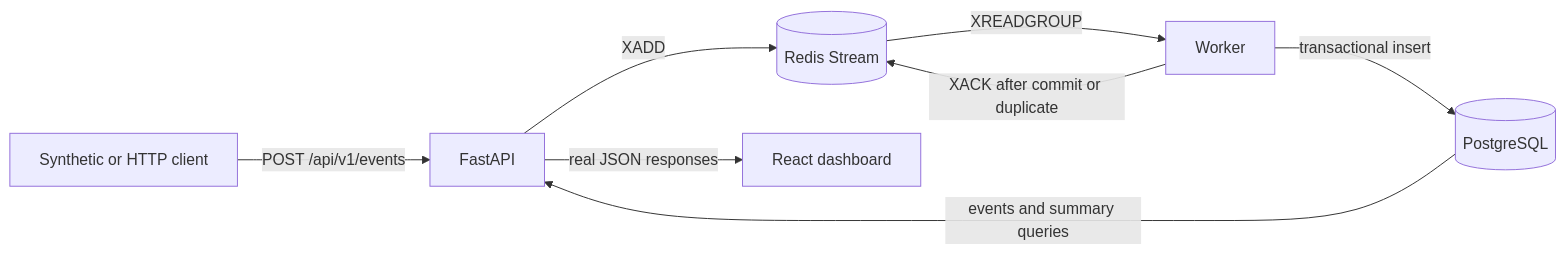
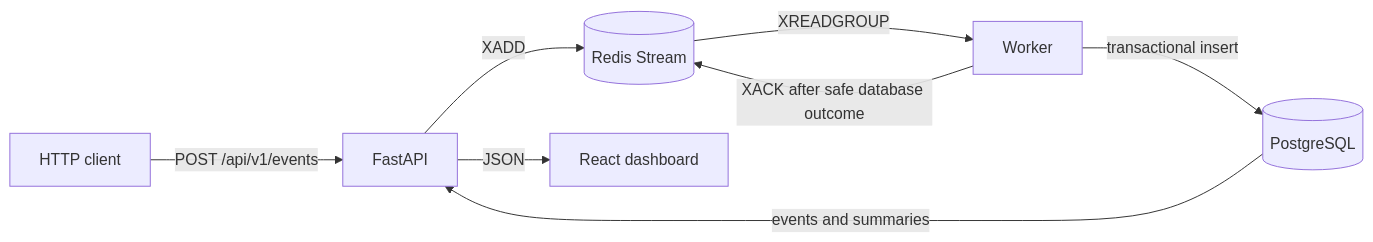
Before and after one commit to hamzaAhmed21st/eventstream: the diagram in README.md, drawn with Mermaid. The commit also changed other lines of this file and 7 other files, not shown here.

Commit message:
docs: consolidate MVP architecture and usage

````diff
--- a/README.md
+++ b/README.md
@@ -13,10 +9,10 @@
 ```mermaid
 flowchart LR
-    C[Synthetic or HTTP client] -->|POST /api/v1/events| A[FastAPI]
+    C[HTTP client] -->|POST /api/v1/events| A[FastAPI]
     A -->|XADD| R[(Redis Stream)]
     R -->|XREADGROUP| W[Worker]
     W -->|transactional insert| P[(PostgreSQL)]
-    W -->|XACK after commit or duplicate| R
-    P -->|events and summary queries| A
-    A -->|real JSON responses| D[React dashboard]
+    W -->|XACK after safe database outcome| R
+    P -->|events and summaries| A
+    A -->|JSON| D[React dashboard]
 ```
````
